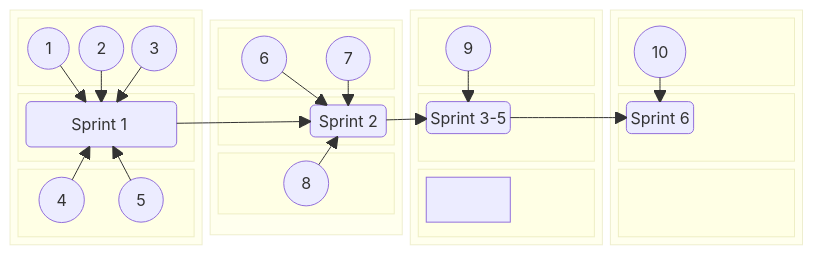
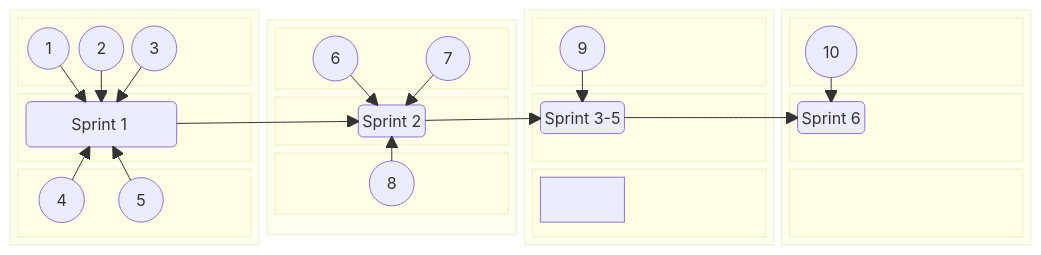
Before and after one commit to jdmedlock/mermaid_testing: the second of 2 diagrams in README.md, drawn with Mermaid.

Commit message:
Feature: Add annotations to test layout

````diff
--- a/README.md
+++ b/README.md
@@ -90,75 +90,77 @@
 ```mermaid
   block-beta
     columns 4
     block:B1:1
       columns 1
       block:B1TOP
         A1(("&nbsp;&nbsp; 1 &nbsp;&nbsp;"))
         A2(("&nbsp;&nbsp; 2 &nbsp;&nbsp;"))
         A3(("&nbsp;&nbsp; 3 &nbsp;&nbsp;"))
       end
       block:B1CENTER
         SPRINT1("Sprint 1&nbsp;")
       end
       block:B1BOTTOM
         A4(("&nbsp;&nbsp; 4 &nbsp;&nbsp;"))
         A5(("&nbsp;&nbsp; 5 &nbsp;&nbsp;"))
       end
       A1 ----> SPRINT1
       A2 ----> SPRINT1
       A3 ----> SPRINT1
       A4 ----> SPRINT1
       A5 ----> SPRINT1
     end
 
     block:B2:1
       columns 1
       block:B2TOP
         A6(("&nbsp;&nbsp; 6 &nbsp;&nbsp;"))
         A7(("&nbsp;&nbsp; 7 &nbsp;&nbsp;"))
       end
       block:B2CENTER
+        columns 3
         space
-        SPRINT2("&nbsp;Sprint 2&nbsp;")
+        SPRINT2("Sprint 2")
+        space
       end
       block:B2BOTTOM
         A8(("&nbsp;&nbsp; 8 &nbsp;&nbsp;"))
       end
       A6 ----> SPRINT2
       A7 ----> SPRINT2
       A8 ----> SPRINT2
     end
 
     block:B3:1
       columns 1
       block:B3TOP
         A9(("&nbsp;&nbsp; 9 &nbsp;&nbsp;"))
       end
       block:B3CENTER
         SPRINTS35("Sprint 3-5")
       end
       block:B3BOTTOM
         &nbsp;
       end
       A9 ----> SPRINTS35
     end
 
     block:B4:1
       columns 1
       block:B4TOP
         A10(("&nbsp;&nbsp; 10 &nbsp;&nbsp;"))
       end
       block:B4CENTER
         SPRINT6("Sprint 6")
       end
       block:B4BOTTOM
         &nbsp;
       end
       A10 ----> SPRINT6
     end
 
     SPRINT1 --> SPRINT2
     SPRINT2 --> SPRINTS35
     SPRINTS35 --> SPRINT6
 
 ```
````
